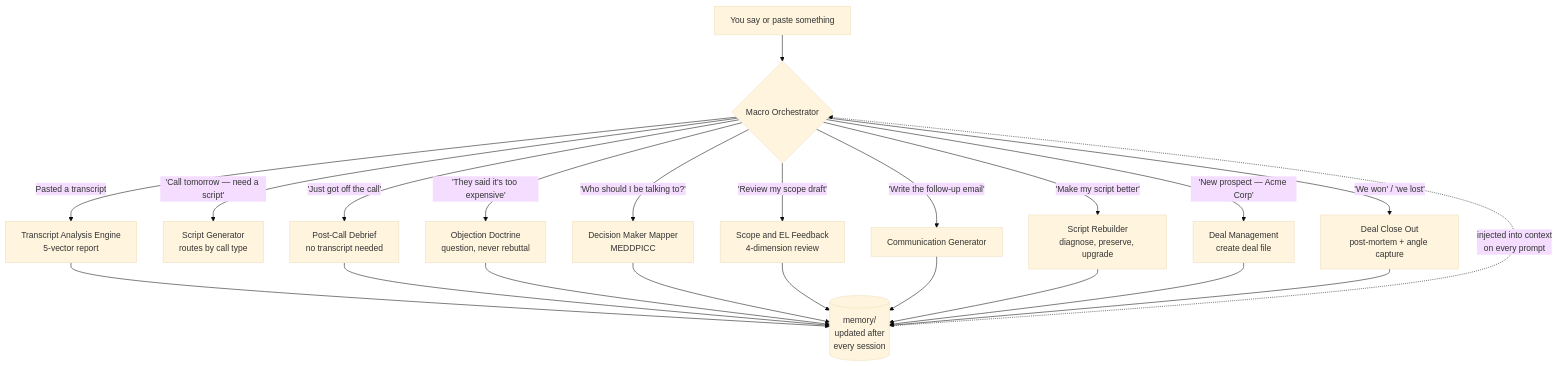
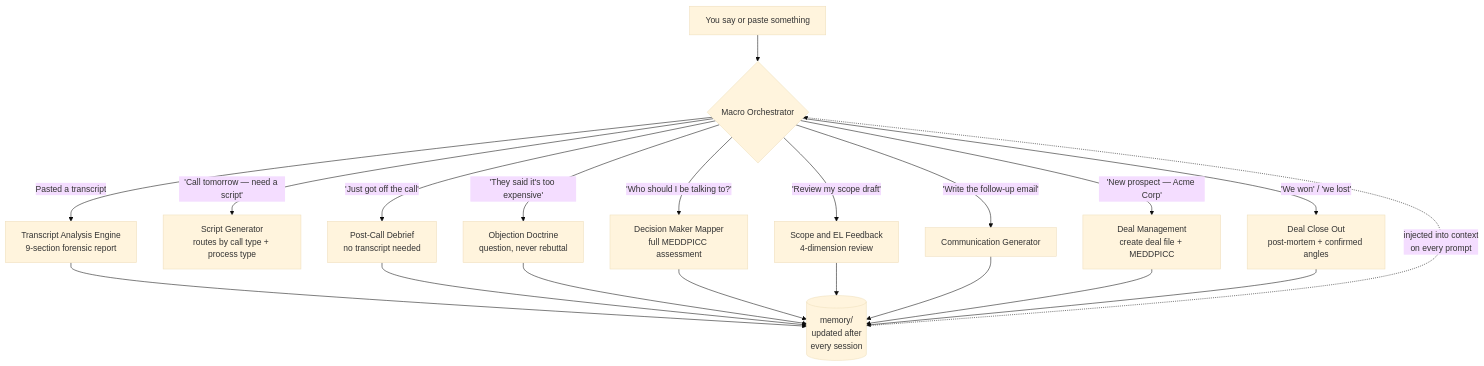
Before and after one commit to termsheetinator/gapsi-agent: the fifth of 13 diagrams in README.md, drawn with Mermaid (base theme). The commit also changed other lines of this file, not shown here.

Commit message:
v2.4.0 — full README rewrite: 9-section report format, Old/New Economy calibration, enterprise cycle, MEDDPICC gap escalation, five-frame rotation, Word doc output, 8 modes

````diff
--- a/README.md
+++ b/README.md
@@ -229,17 +249,16 @@
 ```mermaid
 flowchart TD
     U["You say or paste something"] --> O{Macro Orchestrator}
-    O -->|"Pasted a transcript"| TA["Transcript Analysis Engine<br/>5-vector report"]
-    O -->|"'Call tomorrow — need a script'"| SG["Script Generator<br/>routes by call type"]
+    O -->|"Pasted a transcript"| TA["Transcript Analysis Engine<br/>9-section forensic report"]
+    O -->|"'Call tomorrow — need a script'"| SG["Script Generator<br/>routes by call type + process type"]
     O -->|"'Just got off the call'"| PD["Post-Call Debrief<br/>no transcript needed"]
     O -->|"'They said it's too expensive'"| OD["Objection Doctrine<br/>question, never rebuttal"]
-    O -->|"'New prospect — Acme Corp'"| DM["Deal Management<br/>create deal file"]
-    O -->|"'Who should I be talking to?'"| MM["Decision Maker Mapper<br/>MEDDPICC"]
+    O -->|"'New prospect — Acme Corp'"| DM["Deal Management<br/>create deal file + MEDDPICC"]
+    O -->|"'Who should I be talking to?'"| MM["Decision Maker Mapper<br/>full MEDDPICC assessment"]
     O -->|"'Review my scope draft'"| SF["Scope and EL Feedback<br/>4-dimension review"]
     O -->|"'Write the follow-up email'"| CG["Communication Generator"]
-    O -->|"'Make my script better'"| SR["Script Rebuilder<br/>diagnose, preserve, upgrade"]
-    O -->|"'We won' / 'we lost'"| CO["Deal Close Out<br/>post-mortem + angle capture"]
-    TA & PD & OD & MM & SF & CG & SR --> MEM[("memory/<br/>updated after<br/>every session")]
+    O -->|"'We won' / 'we lost'"| CO["Deal Close Out<br/>post-mortem + confirmed angles"]
+    TA & PD & OD & MM & SF & CG --> MEM[("memory/<br/>updated after<br/>every session")]
     DM & CO --> MEM
     MEM -.->|"injected into context<br/>on every prompt"| O
 ```
````
